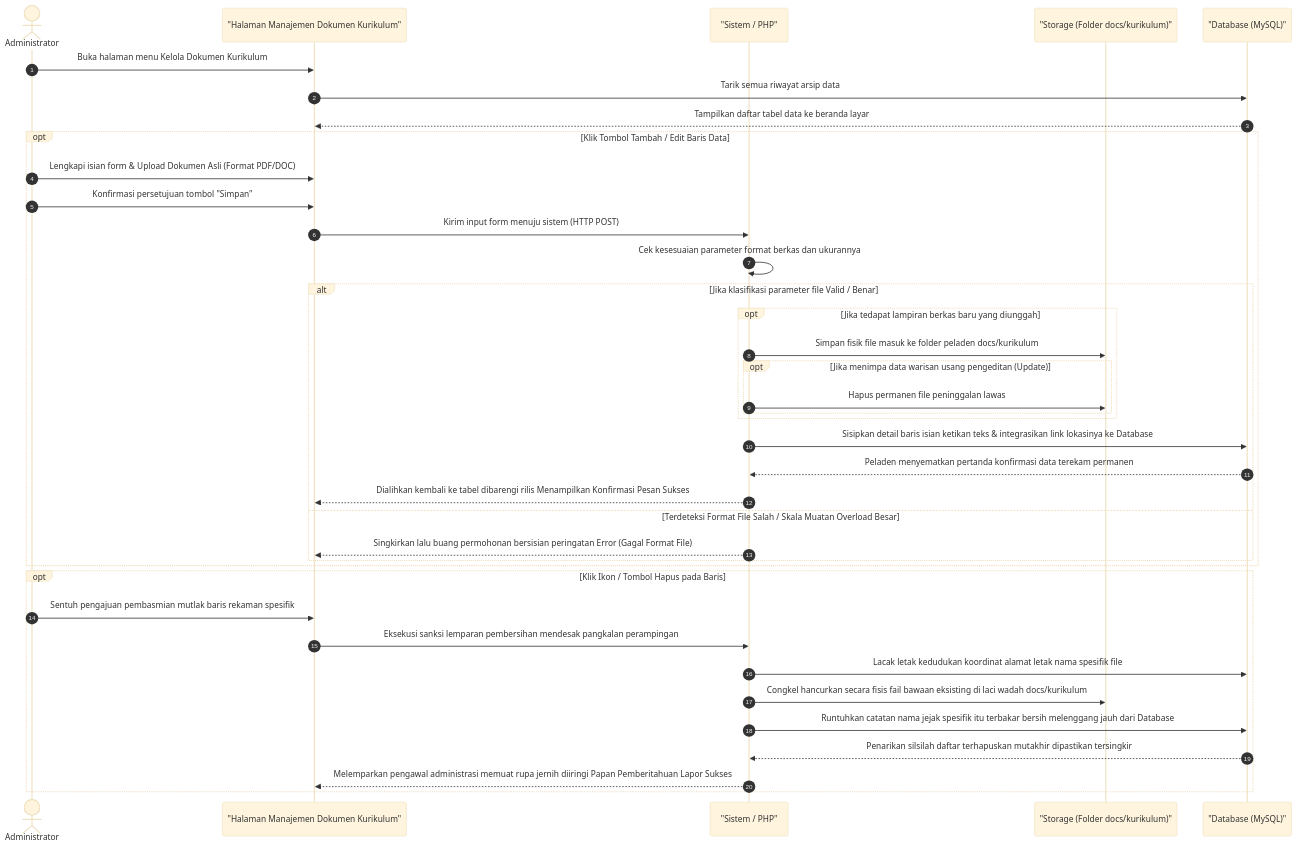
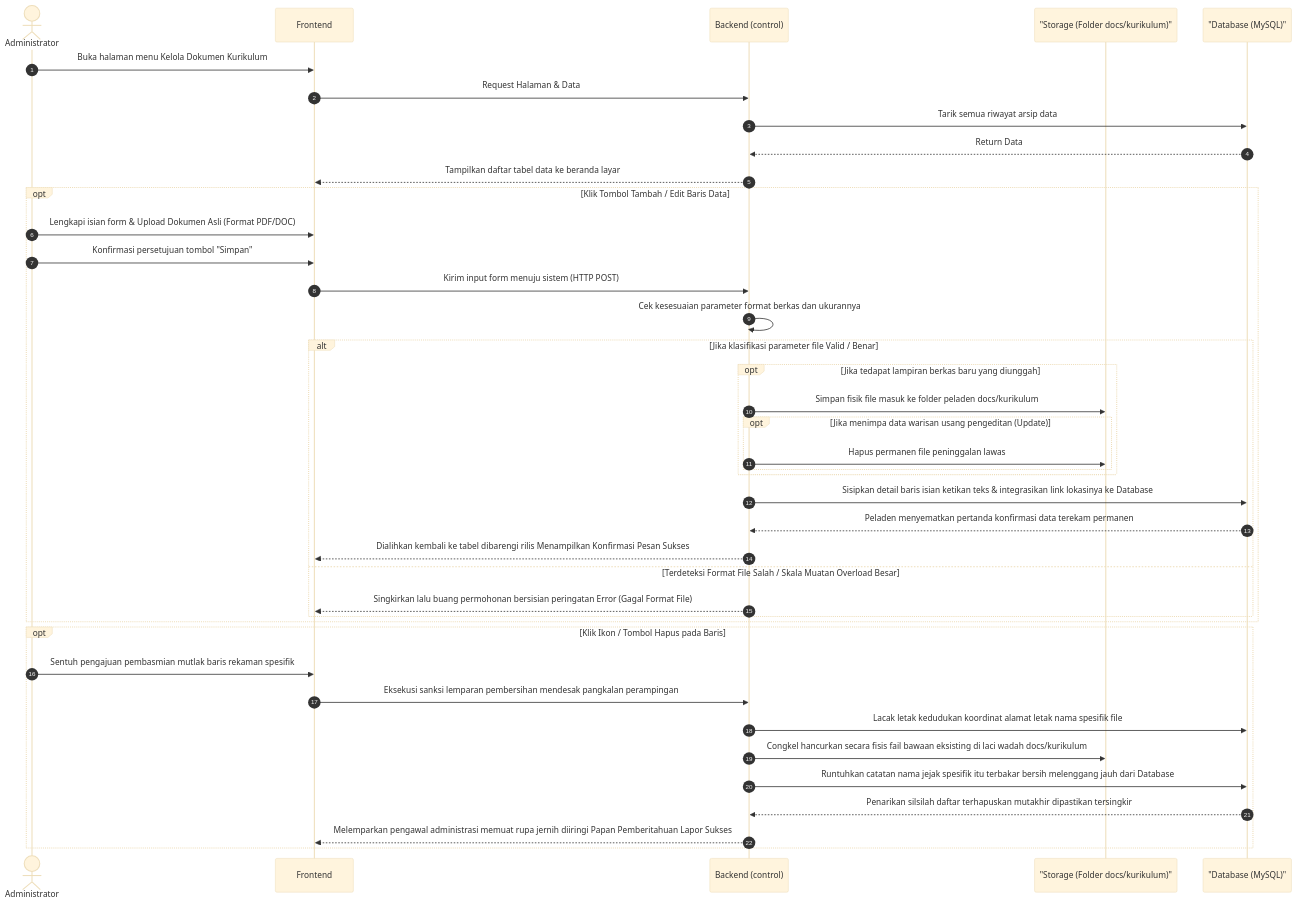
One commit to arbain-dev/Web_fikom changed the eighth of 17 diagrams in docs/kumpulan_sequence_backend.md. Above: the diagram before and after it, drawn with Mermaid (base theme). The commit also changed other lines of this file and 1 other file, not shown here.

Commit message:
docs: standardisasi arsitektur 3 tier (Frontend, Backend, DB) pada seluruh sequence diagram backend

````diff
--- a/docs/kumpulan_sequence_backend.md
+++ b/docs/kumpulan_sequence_backend.md
@@ -330,48 +342,50 @@
 ```mermaid
 sequenceDiagram
     autonumber
     actor Admin as Administrator
-    participant View as "Halaman Manajemen Dokumen Kurikulum"
-    participant System as "Sistem / PHP"
+    participant Frontend
+    participant Backend as Backend (control)
     participant Server as "Storage (Folder docs/kurikulum)"
     participant DB as "Database (MySQL)"
 
-    Admin->>View: Buka halaman menu Kelola Dokumen Kurikulum
-    View->>DB: Tarik semua riwayat arsip data
-    DB-->>View: Tampilkan daftar tabel data ke beranda layar
+    Admin->>Frontend: Buka halaman menu Kelola Dokumen Kurikulum
+    Frontend->>Backend: Request Halaman & Data
+    Backend->>DB: Tarik semua riwayat arsip data
+    DB-->>Backend: Return Data
+    Backend-->>Frontend: Tampilkan daftar tabel data ke beranda layar
 
     %% Proses Tambah / Edit
     opt Klik Tombol Tambah / Edit Baris Data
-        Admin->>View: Lengkapi isian form & Upload Dokumen Asli (Format PDF/DOC)
-        Admin->>View: Konfirmasi persetujuan tombol "Simpan"
-        View->>System: Kirim input form menuju sistem (HTTP POST)
+        Admin->>Frontend: Lengkapi isian form & Upload Dokumen Asli (Format PDF/DOC)
+        Admin->>Frontend: Konfirmasi persetujuan tombol "Simpan"
+        Frontend->>Backend: Kirim input form menuju sistem (HTTP POST)
 
-        System->>System: Cek kesesuaian parameter format berkas dan ukurannya
+        Backend->>Backend: Cek kesesuaian parameter format berkas dan ukurannya
         
         alt Jika klasifikasi parameter file Valid / Benar
             opt Jika tedapat lampiran berkas baru yang diunggah
-                System->>Server: Simpan fisik file masuk ke folder peladen docs/kurikulum
+                Backend->>Server: Simpan fisik file masuk ke folder peladen docs/kurikulum
                 opt Jika menimpa data warisan usang pengeditan (Update)
-                    System->>Server: Hapus permanen file peninggalan lawas
+                    Backend->>Server: Hapus permanen file peninggalan lawas
                 end
             end
             
-            System->>DB: Sisipkan detail baris isian ketikan teks & integrasikan link lokasinya ke Database
-            DB-->>System: Peladen menyematkan pertanda konfirmasi data terekam permanen
-            System-->>View: Dialihkan kembali ke tabel dibarengi rilis Menampilkan Konfirmasi Pesan Sukses
+            Backend->>DB: Sisipkan detail baris isian ketikan teks & integrasikan link lokasinya ke Database
+            DB-->>Backend: Peladen menyematkan pertanda konfirmasi data terekam permanen
+            Backend-->>Frontend: Dialihkan kembali ke tabel dibarengi rilis Menampilkan Konfirmasi Pesan Sukses
         else Terdeteksi Format File Salah / Skala Muatan Overload Besar
-            System-->>View: Singkirkan lalu buang permohonan bersisian peringatan Error (Gagal Format File)
+            Backend-->>Frontend: Singkirkan lalu buang permohonan bersisian peringatan Error (Gagal Format File)
         end
     end
 
     %% Proses Hapus
     opt Klik Ikon / Tombol Hapus pada Baris
-        Admin->>View: Sentuh pengajuan pembasmian mutlak baris rekaman spesifik
-        View->>System: Eksekusi sanksi lemparan pembersihan mendesak pangkalan perampingan
-        System->>DB: Lacak letak kedudukan koordinat alamat letak nama spesifik file 
-        System->>Server: Congkel hancurkan secara fisis fail bawaan eksisting di laci wadah docs/kurikulum
-        System->>DB: Runtuhkan catatan nama jejak spesifik itu terbakar bersih melenggang jauh dari Database
-        DB-->>System: Penarikan silsilah daftar terhapuskan mutakhir dipastikan tersingkir
-        System-->>View: Melemparkan pengawal administrasi memuat rupa jernih diiringi Papan Pemberitahuan Lapor Sukses 
+        Admin->>Frontend: Sentuh pengajuan pembasmian mutlak baris rekaman spesifik
+        Frontend->>Backend: Eksekusi sanksi lemparan pembersihan mendesak pangkalan perampingan
+        Backend->>DB: Lacak letak kedudukan koordinat alamat letak nama spesifik file 
+        Backend->>Server: Congkel hancurkan secara fisis fail bawaan eksisting di laci wadah docs/kurikulum
+        Backend->>DB: Runtuhkan catatan nama jejak spesifik itu terbakar bersih melenggang jauh dari Database
+        DB-->>Backend: Penarikan silsilah daftar terhapuskan mutakhir dipastikan tersingkir
+        Backend-->>Frontend: Melemparkan pengawal administrasi memuat rupa jernih diiringi Papan Pemberitahuan Lapor Sukses 
     end
 ```
````
